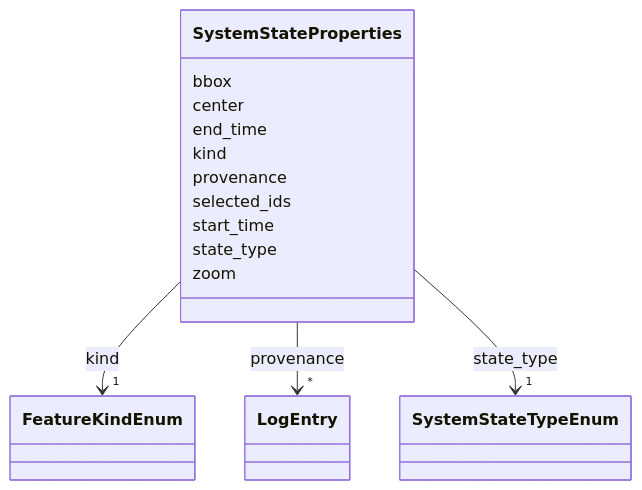
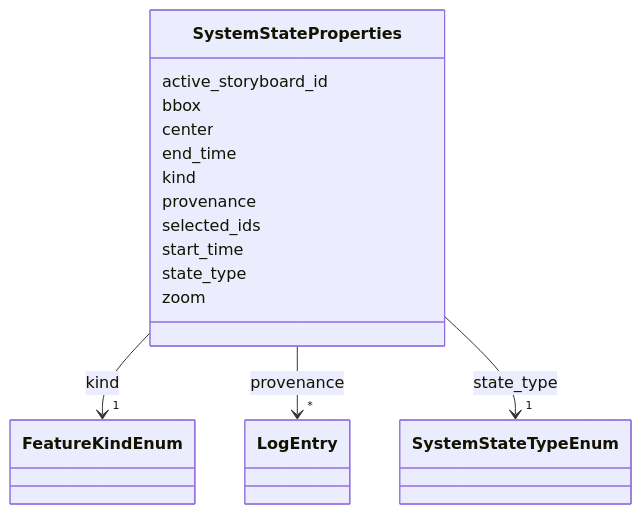
Before and after one commit to debrief/debrief-future: the diagram in schema-docs-md/classes/SystemStateProperties.md, drawn with Mermaid. The commit also changed other lines of this file and 94 other files, not shown here.

````diff
--- a/schema-docs-md/classes/SystemStateProperties.md
+++ b/schema-docs-md/classes/SystemStateProperties.md
@@ -19,51 +19,53 @@
 ```mermaid
  classDiagram
     class SystemStateProperties
     click SystemStateProperties href "../../classes/SystemStateProperties/"
+      SystemStateProperties : active_storyboard_id
+        
       SystemStateProperties : bbox
         
       SystemStateProperties : center
         
       SystemStateProperties : end_time
         
       SystemStateProperties : kind
         
           
     
         
         
         SystemStateProperties --> "1" FeatureKindEnum : kind
         click FeatureKindEnum href "../../enums/FeatureKindEnum/"
     
 
         
       SystemStateProperties : provenance
         
           
     
         
         
         SystemStateProperties --> "*" LogEntry : provenance
         click LogEntry href "../../classes/LogEntry/"
     
 
         
       SystemStateProperties : selected_ids
         
       SystemStateProperties : start_time
         
       SystemStateProperties : state_type
         
           
     
         
         
         SystemStateProperties --> "1" SystemStateTypeEnum : state_type
         click SystemStateTypeEnum href "../../enums/SystemStateTypeEnum/"
     
 
         
       SystemStateProperties : zoom
         
       
 ```
````
